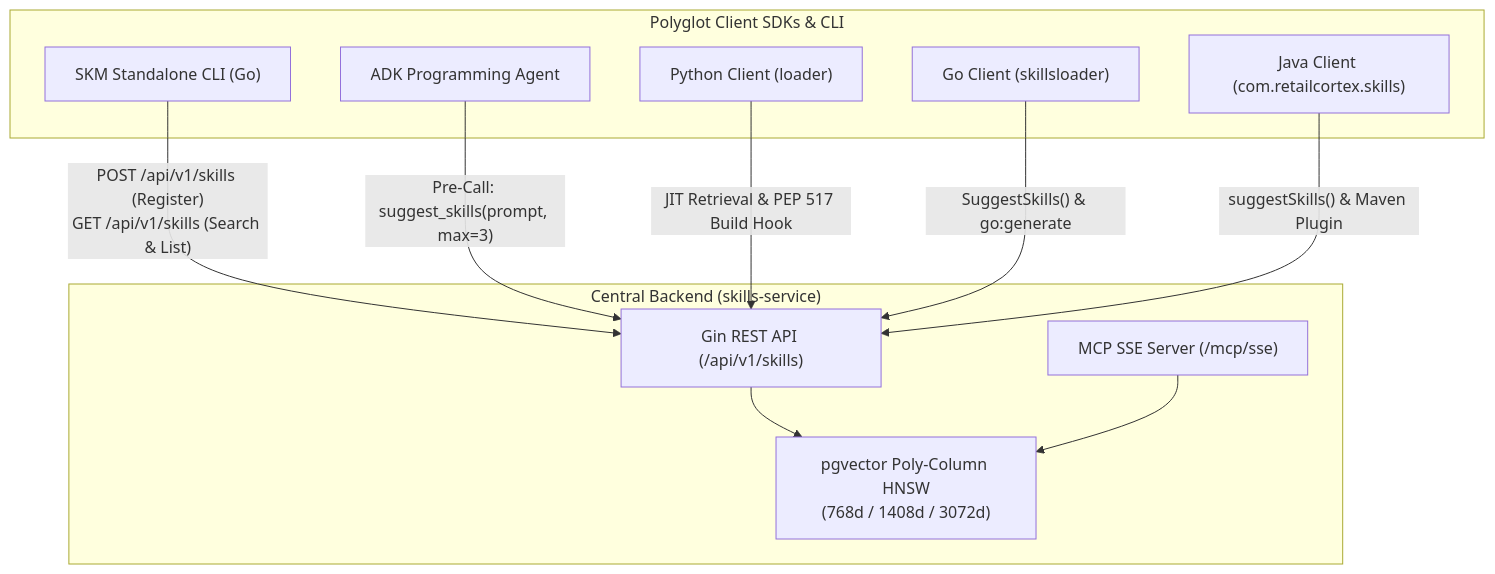
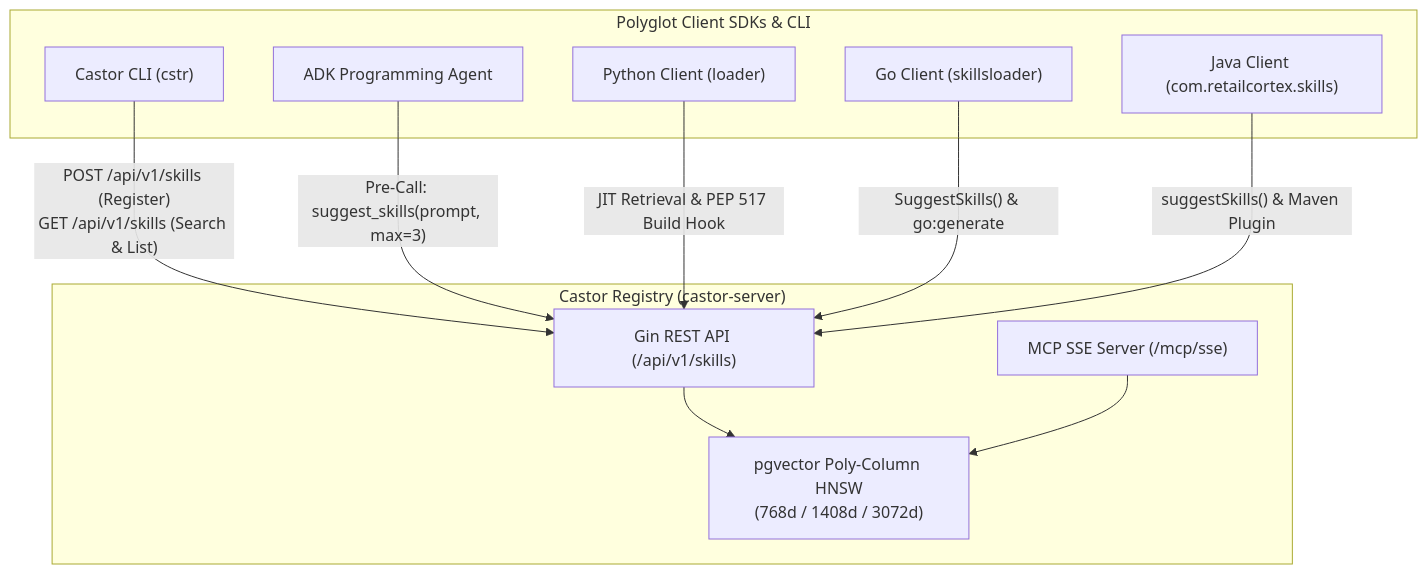
Before and after one commit to retail-cortex/skills: the diagram in README.md, drawn with Mermaid. The commit also changed other lines of this file and 90 other files, not shown here.

````diff
--- a/README.md
+++ b/README.md
@@ -18,24 +18,24 @@
 ```mermaid
 graph TD
-    subgraph Central Registry ["Central Backend (skills-service)"]
+    subgraph Central Registry ["Castor Registry (castor-server)"]
         S1["Gin REST API (/api/v1/skills)"]
         S2["MCP SSE Server (/mcp/sse)"]
         VEC["pgvector Poly-Column HNSW<br/>(768d / 1408d / 3072d)"]
         S1 --> VEC
         S2 --> VEC
     end
 
     subgraph Clients ["Polyglot Client SDKs & CLI"]
-        CLI["SKM Standalone CLI (Go)"]
+        CLI["Castor CLI (cstr)"]
         PY["Python Client (loader)"]
         GO["Go Client (skillsloader)"]
         JV["Java Client (com.retailcortex.skills)"]
         ADK["ADK Programming Agent"]
     end
 
     CLI -- "POST /api/v1/skills (Register)<br/>GET /api/v1/skills (Search & List)" --> S1
     ADK -- "Pre-Call: suggest_skills(prompt, max=3)" --> S1
     PY -- "JIT Retrieval & PEP 517 Build Hook" --> S1
     GO -- "SuggestSkills() & go:generate" --> S1
     JV -- "suggestSkills() & Maven Plugin" --> S1
 ```
````
